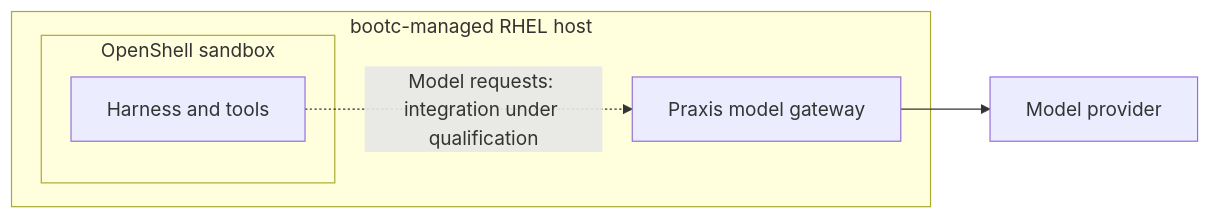
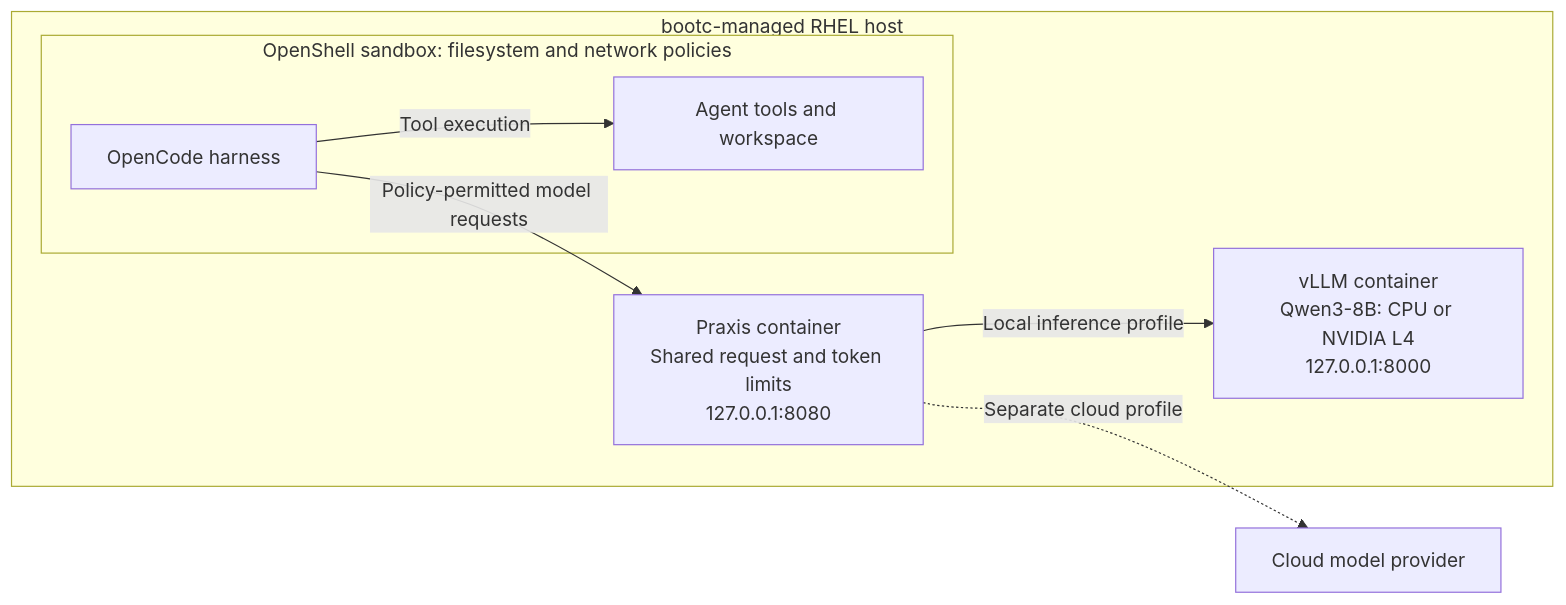
Before and after one commit to Ladas/secure-single-server: the diagram in README.md, drawn with Mermaid. The commit also changed other lines of this file and 30 other files, not shown here.

Commit message:
feat: add CPU and GPU vLLM inference to bootc

````diff
--- a/README.md
+++ b/README.md
@@ -21,11 +28,15 @@
 ```mermaid
 flowchart LR
-    subgraph Host[bootc-managed RHEL host]
-        subgraph Sandbox[OpenShell sandbox]
-            H[Harness and tools]
+    subgraph Host["bootc-managed RHEL host"]
+        subgraph Sandbox["OpenShell sandbox: filesystem and network policies"]
+            H["OpenCode harness"]
+            T["Agent tools and workspace"]
+            H -->|Tool execution| T
         end
-        P[Praxis model gateway]
-        H -. Model requests: integration under qualification .-> P
+        P["Praxis container<br/>Shared request and token limits<br/>127.0.0.1:8080"]
+        V["vLLM container<br/>Qwen3-8B: CPU or NVIDIA L4<br/>127.0.0.1:8000"]
+        H -->|Policy-permitted model requests| P
+        P -->|Local inference profile| V
     end
-    P --> Provider[Model provider]
+    P -. Separate cloud profile .-> Provider["Cloud model provider"]
 ```
````
